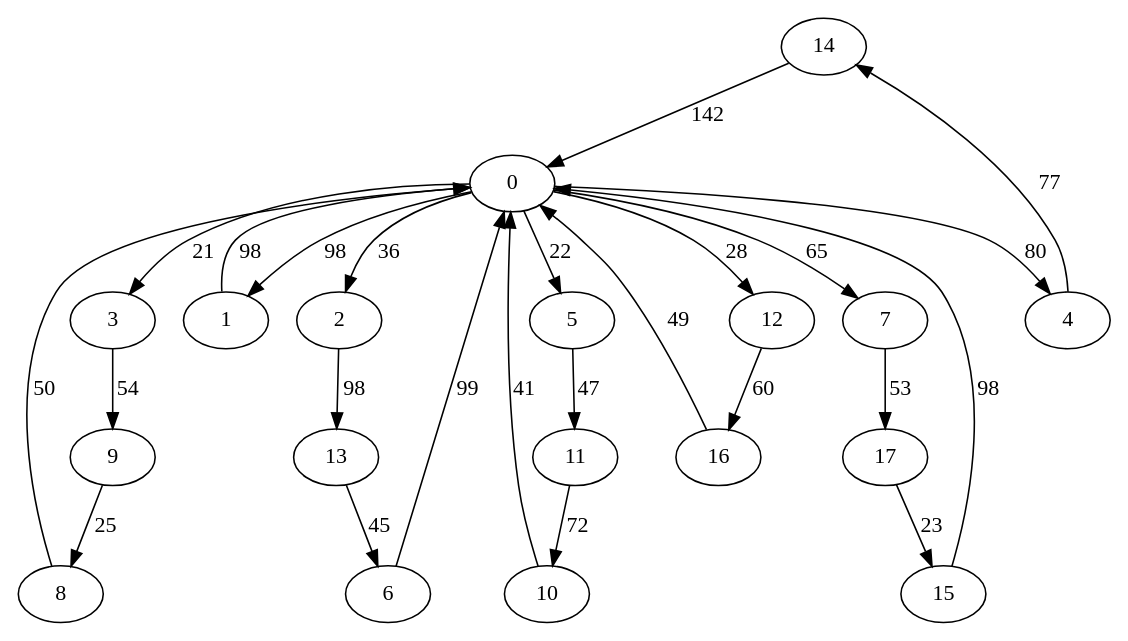
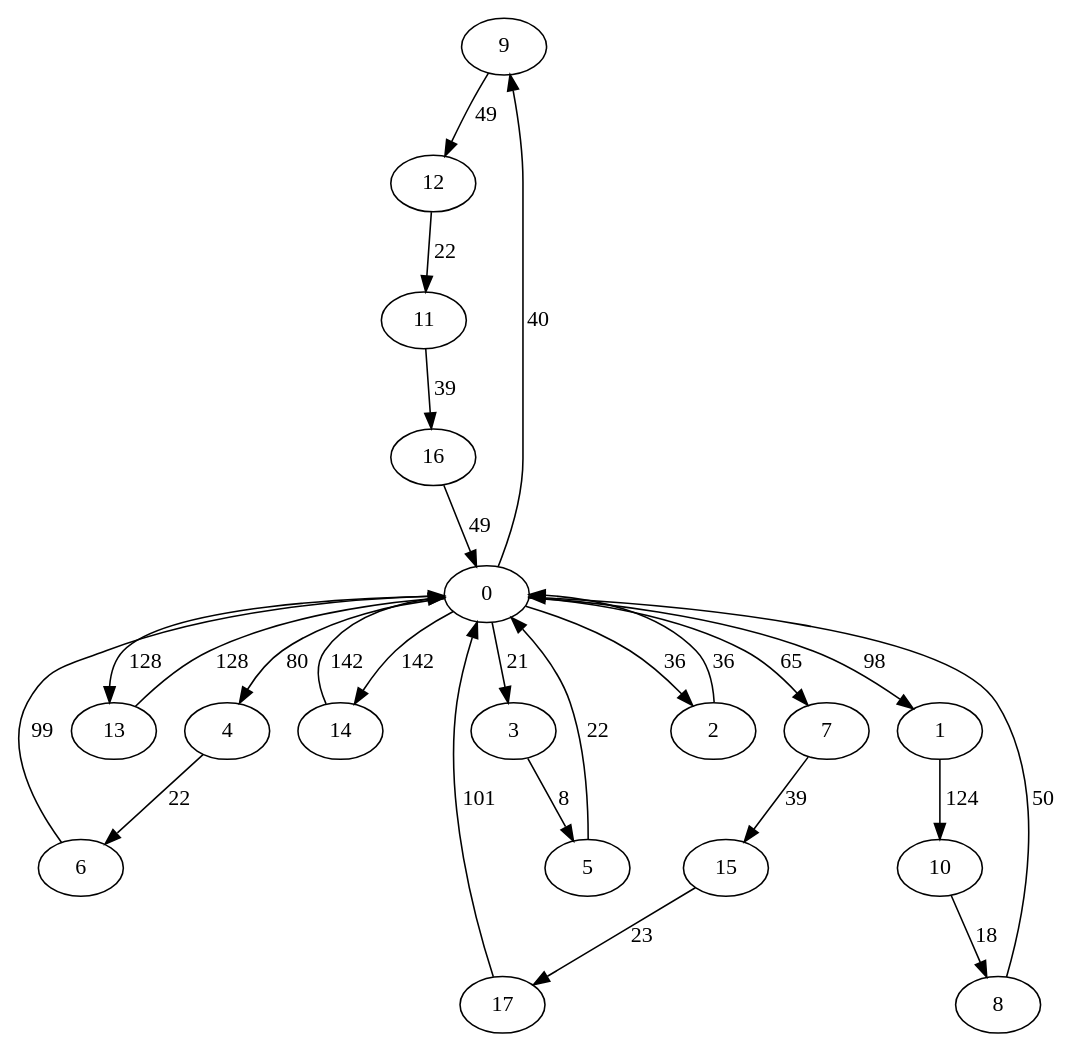
One commit to akosej/vehicle_routing changed the diagram in grafos/iteration1.dot. Above: the diagram before and after it, drawn with Graphviz. The commit also changed 9 other files, not shown here.

```diff
--- a/grafos/iteration1.dot
+++ b/grafos/iteration1.dot
@@ -1,45 +1,46 @@
 digraph G {
-	14->0[ label=142 ];
-	16->0[ label=49 ];
-	9->8[ label=25 ];
-	13->6[ label=45 ];
-	12->16[ label=60 ];
+	9->12[ label=49 ];
+	12->11[ label=22 ];
+	11->16[ label=39 ];
 	6->0[ label=99 ];
-	3->9[ label=54 ];
-	8->0[ label=50 ];
-	10->0[ label=41 ];
-	17->15[ label=23 ];
-	15->0[ label=98 ];
-	2->13[ label=98 ];
-	4->14[ label=77 ];
-	1->0[ label=98 ];
+	13->0[ label=128 ];
+	0->9[ label=40 ];
+	0->3[ label=21 ];
+	0->13[ label=128 ];
+	0->14[ label=142 ];
+	0->7[ label=65 ];
 	0->4[ label=80 ];
 	0->1[ label=98 ];
-	0->12[ label=28 ];
-	0->3[ label=21 ];
-	0->5[ label=22 ];
-	0->7[ label=65 ];
 	0->2[ label=36 ];
-	5->11[ label=47 ];
-	11->10[ label=72 ];
-	7->17[ label=53 ];
+	17->0[ label=101 ];
+	3->5[ label=8 ];
+	15->17[ label=23 ];
+	4->6[ label=22 ];
+	10->8[ label=18 ];
+	8->0[ label=50 ];
+	2->0[ label=36 ];
+	16->0[ label=49 ];
+	5->0[ label=22 ];
+	7->15[ label=39 ];
+	1->10[ label=124 ];
+	14->0[ label=142 ];
 	0 [ label=0 ];
 	1 [ label=1 ];
 	10 [ label=10 ];
 	11 [ label=11 ];
 	12 [ label=12 ];
 	13 [ label=13 ];
 	14 [ label=14 ];
 	15 [ label=15 ];
 	16 [ label=16 ];
 	17 [ label=17 ];
 	2 [ label=2 ];
 	3 [ label=3 ];
 	4 [ label=4 ];
 	5 [ label=5 ];
 	6 [ label=6 ];
 	7 [ label=7 ];
 	8 [ label=8 ];
 	9 [ label=9 ];
 
 }
```
